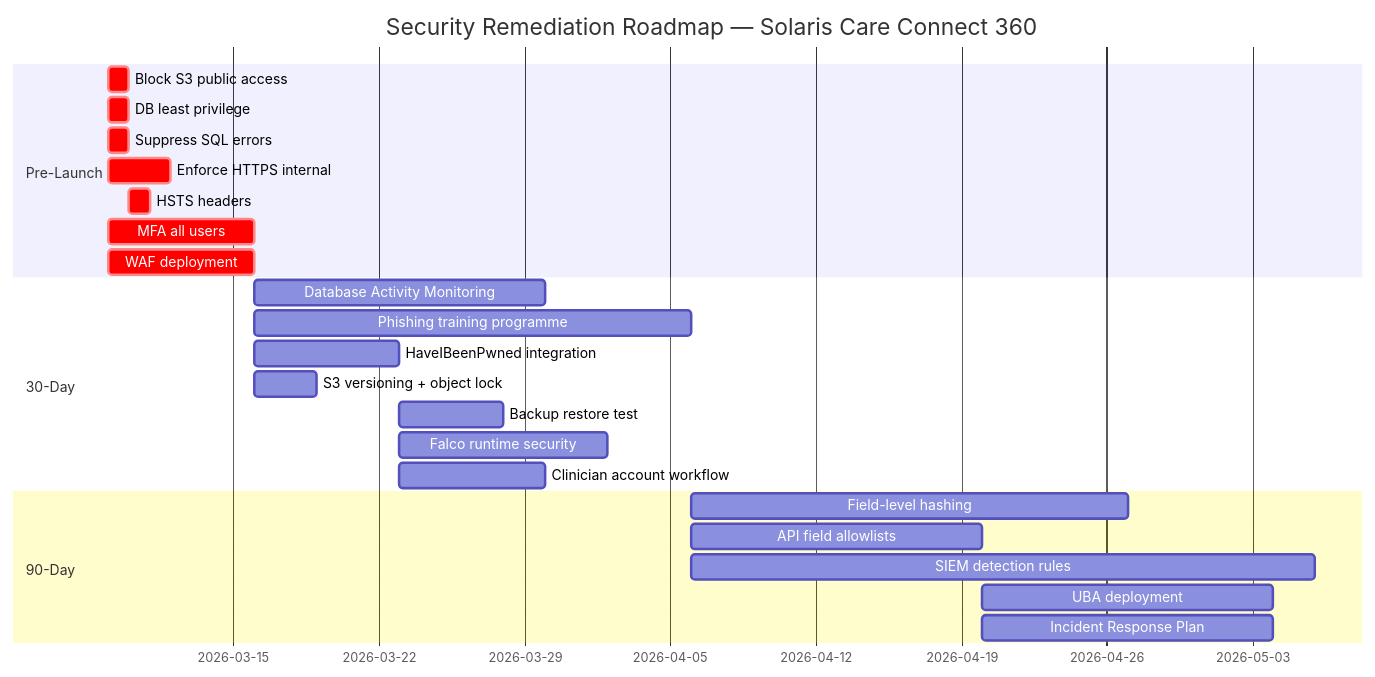
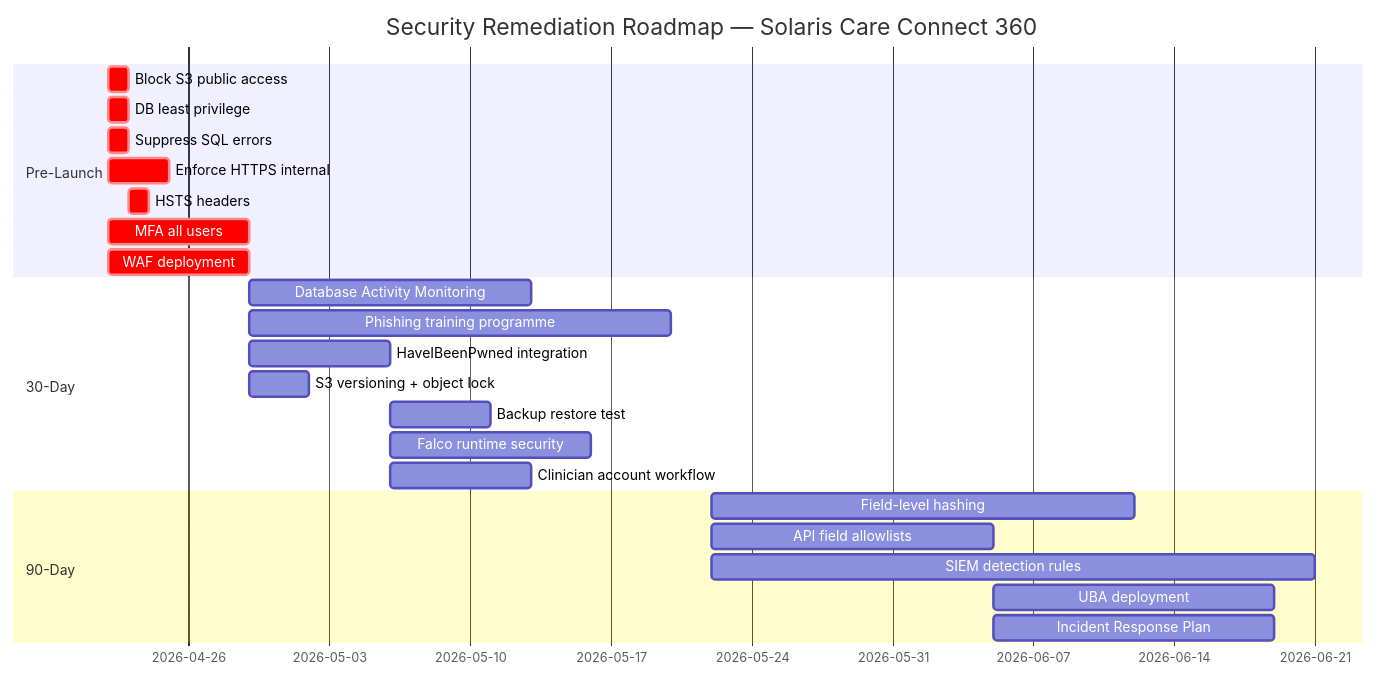
Before and after one commit to AurelienKumarathas/Complete-threat-model-for-healthcare-application: the third of 3 diagrams in reports/threat-model-report.md, drawn with Mermaid. The commit also changed other lines of this file, not shown here.

Commit message:
fix: update Gantt dates to start from 2026-04-22 (today)
All hardcoded dates were in the past (March 2026).
Shifted entire roadmap forward — Pre-Launch starts today,
30-Day work starts 2026-04-29, 90-Day work starts 2026-05-22.

````diff
--- a/reports/threat-model-report.md
+++ b/reports/threat-model-report.md
@@ -502,27 +502,27 @@
 ```mermaid
 gantt
     title Security Remediation Roadmap — Solaris Care Connect 360
     dateFormat  YYYY-MM-DD
     section Pre-Launch
-    Block S3 public access         :crit, 2026-03-09, 1d
-    DB least privilege             :crit, 2026-03-09, 1d
-    Suppress SQL errors            :crit, 2026-03-09, 1d
-    Enforce HTTPS internal         :crit, 2026-03-09, 3d
-    HSTS headers                   :crit, 2026-03-10, 1d
-    MFA all users                  :crit, 2026-03-09, 7d
-    WAF deployment                 :crit, 2026-03-09, 7d
+    Block S3 public access         :crit, 2026-04-22, 1d
+    DB least privilege             :crit, 2026-04-22, 1d
+    Suppress SQL errors            :crit, 2026-04-22, 1d
+    Enforce HTTPS internal         :crit, 2026-04-22, 3d
+    HSTS headers                   :crit, 2026-04-23, 1d
+    MFA all users                  :crit, 2026-04-22, 7d
+    WAF deployment                 :crit, 2026-04-22, 7d
     section 30-Day
-    Database Activity Monitoring   :2026-03-16, 14d
-    Phishing training programme    :2026-03-16, 21d
-    HaveIBeenPwned integration     :2026-03-16, 7d
-    S3 versioning + object lock    :2026-03-16, 3d
-    Backup restore test            :2026-03-23, 5d
-    Falco runtime security         :2026-03-23, 10d
-    Clinician account workflow     :2026-03-23, 7d
+    Database Activity Monitoring   :2026-04-29, 14d
+    Phishing training programme    :2026-04-29, 21d
+    HaveIBeenPwned integration     :2026-04-29, 7d
+    S3 versioning + object lock    :2026-04-29, 3d
+    Backup restore test            :2026-05-06, 5d
+    Falco runtime security         :2026-05-06, 10d
+    Clinician account workflow     :2026-05-06, 7d
     section 90-Day
-    Field-level hashing            :2026-04-06, 21d
-    API field allowlists           :2026-04-06, 14d
-    SIEM detection rules           :2026-04-06, 30d
-    UBA deployment                 :2026-04-20, 14d
-    Incident Response Plan         :2026-04-20, 14d
+    Field-level hashing            :2026-05-22, 21d
+    API field allowlists           :2026-05-22, 14d
+    SIEM detection rules           :2026-05-22, 30d
+    UBA deployment                 :2026-06-05, 14d
+    Incident Response Plan         :2026-06-05, 14d
 ```
````
